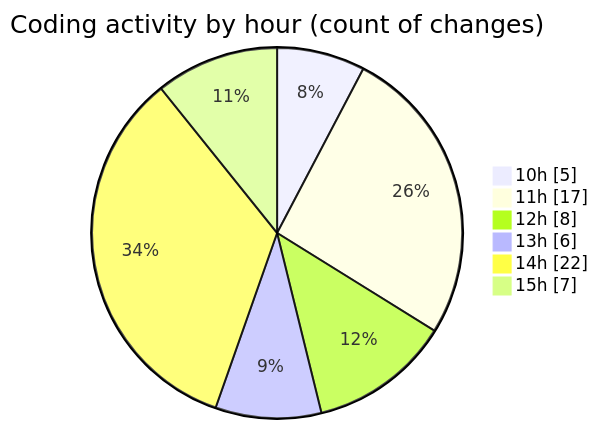
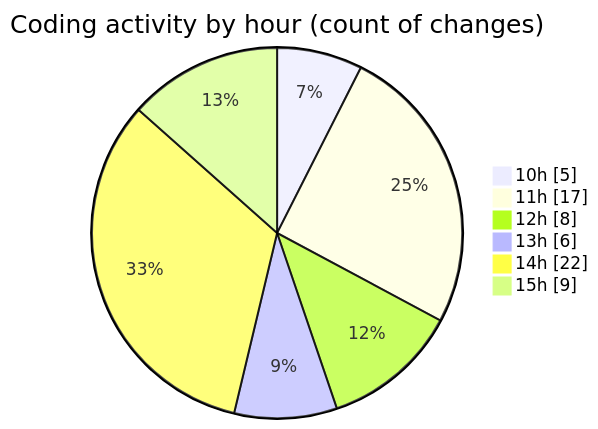
The second of 2 diagrams in 2025-05-05/ecodeli/README.md (CELIANVF/code-tracking), drawn with Mermaid before and after one commit. The commit also changed other lines of this file and 1 other file, not shown here.

````diff
--- a/2025-05-05/ecodeli/README.md
+++ b/2025-05-05/ecodeli/README.md
@@ -58,10 +58,10 @@
 ```mermaid
 pie showData
 title Coding activity by hour (count of changes)
 "10h" : 5
 "11h" : 17
 "12h" : 8
 "13h" : 6
 "14h" : 22
-"15h" : 7
+"15h" : 9
 ```
````
